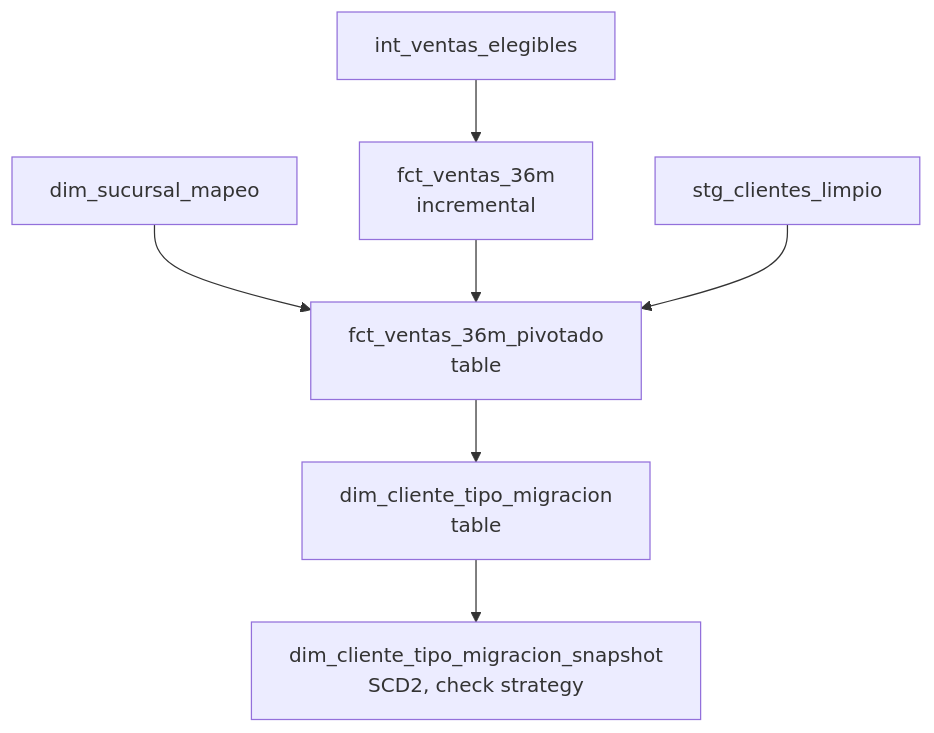
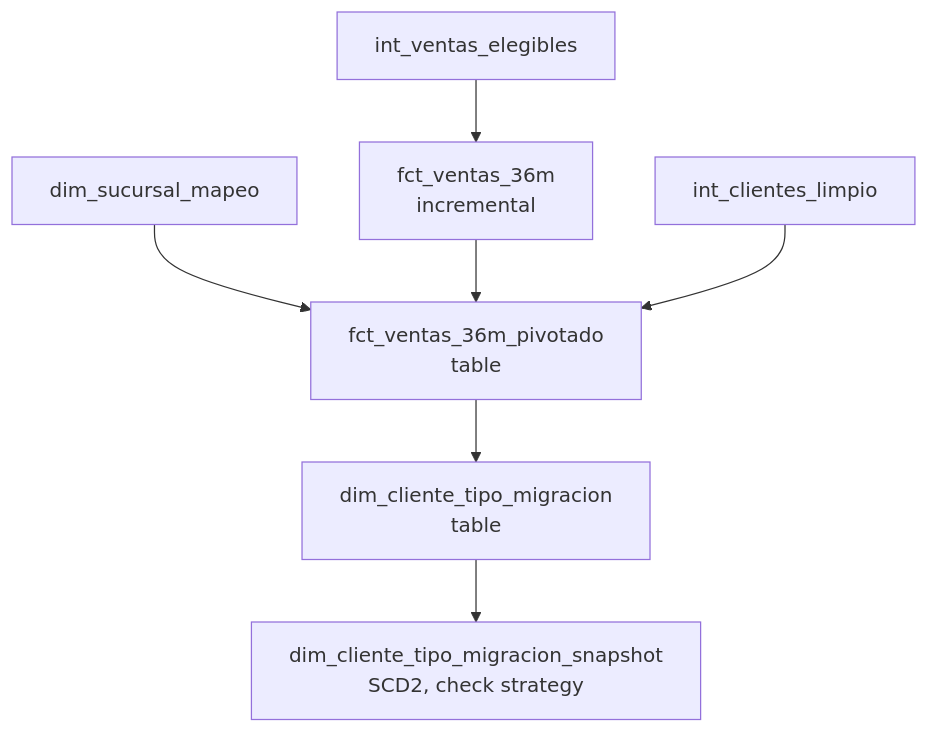
Before and after one commit to adrian-dato/dbt-ahorrazo: the second of 6 diagrams in ARQUITECTURA.md, drawn with Mermaid. The commit also changed other lines of this file and 13 other files, not shown here.

````diff
--- a/ARQUITECTURA.md
+++ b/ARQUITECTURA.md
@@ -196,9 +191,9 @@
 ```mermaid
 graph TD
     INT_ELEG[int_ventas_elegibles] --> FCT[fct_ventas_36m<br/>incremental]
     SEED_SUC[dim_sucursal_mapeo] --> PIVOT[fct_ventas_36m_pivotado<br/>table]
     FCT --> PIVOT
-    STG_LIMPIO[stg_clientes_limpio] --> PIVOT
+    INT_LIMPIO[int_clientes_limpio] --> PIVOT
     PIVOT --> DIM[dim_cliente_tipo_migracion<br/>table]
     DIM --> SNAP[dim_cliente_tipo_migracion_snapshot<br/>SCD2, check strategy]
 ```
````
